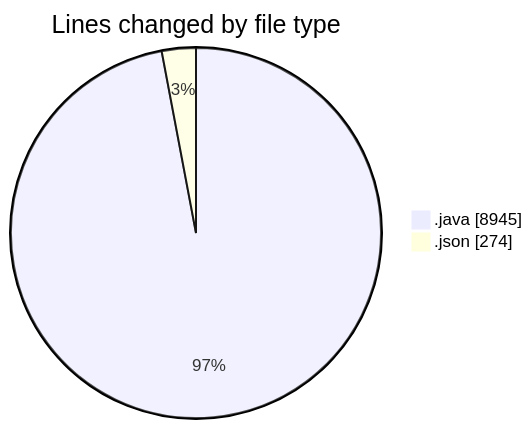
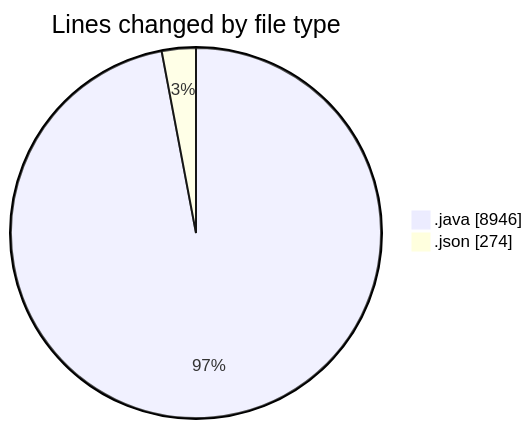
One commit to ricardozamudiocil/code-tracking changed the first of 2 diagrams in 2026-09-03/cilapp/README.md. Above: the diagram before and after it, drawn with Mermaid. The commit also changed other lines of this file and 1 other file, not shown here.

````diff
--- a/2026-09-03/cilapp/README.md
+++ b/2026-09-03/cilapp/README.md
@@ -23,6 +23,6 @@
 ```mermaid
 pie showData
 title Lines changed by file type
-".java" : 8945
+".java" : 8946
 ".json" : 274
 ```
````
